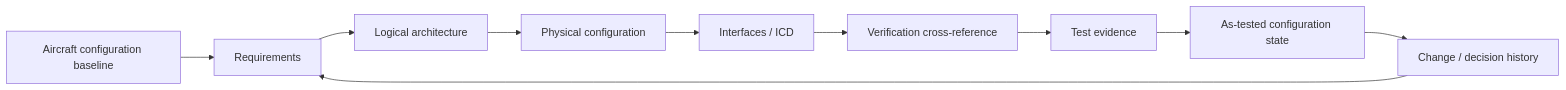
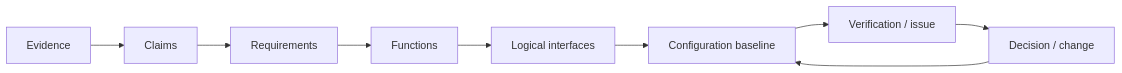
Before and after one commit to razaumair2203-ux/Super-Mushshak-Glass-Cockpit-Modification: the diagram in docs/digital-twin.md, drawn with Mermaid. The commit also changed other lines of this file and 30 other files, not shown here.

```diff
--- a/docs/digital-twin.md
+++ b/docs/digital-twin.md
@@ -23,12 +37,11 @@
 ~~~mermaid
 flowchart LR
-    B[Aircraft configuration baseline] --> R[Requirements]
-    R --> LA[Logical architecture]
-    LA --> PA[Physical configuration]
-    PA --> IF[Interfaces / ICD]
-    IF --> V[Verification cross-reference]
-    V --> TE[Test evidence]
-    TE --> CS[As-tested configuration state]
-    CS --> CH[Change / decision history]
-    CH --> R
+    E[Evidence] --> C[Claims]
+    C --> R[Requirements]
+    R --> F[Functions]
+    F --> I[Logical interfaces]
+    I --> B[Configuration baseline]
+    B --> V[Verification / issue]
+    V --> D[Decision / change]
+    D --> B
 ~~~
```
